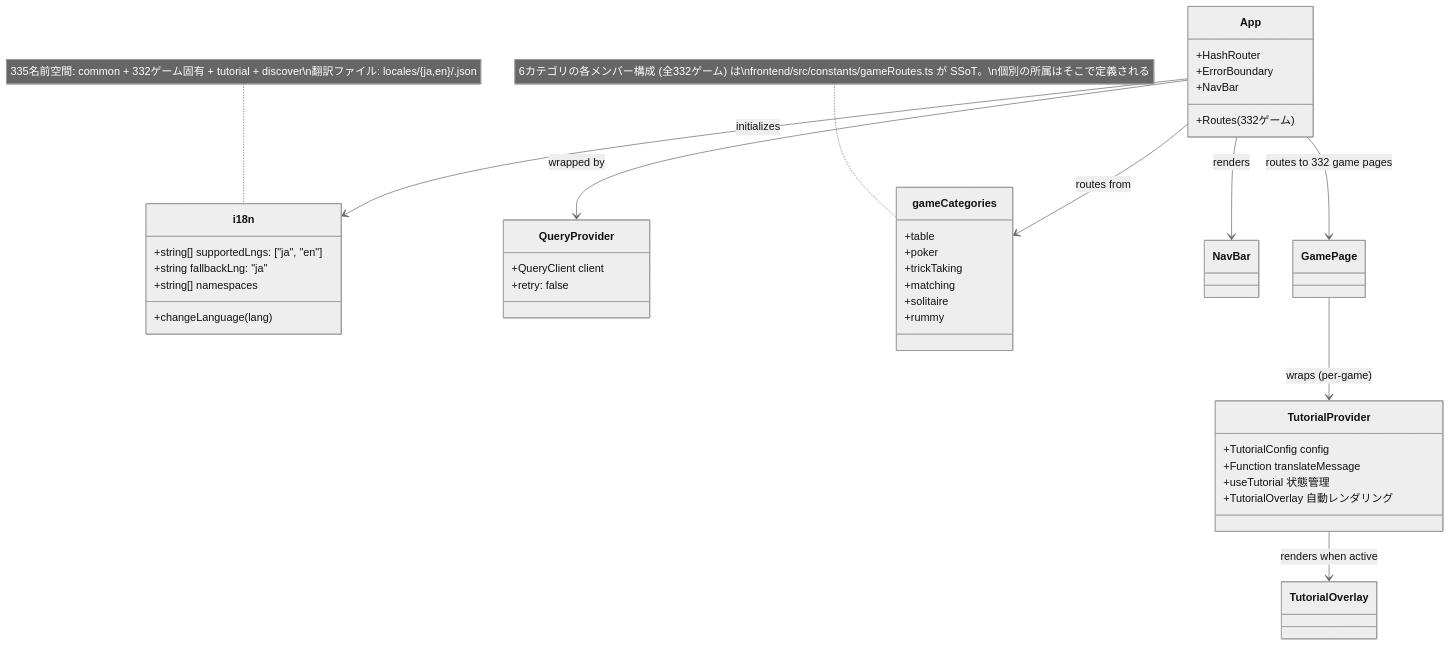
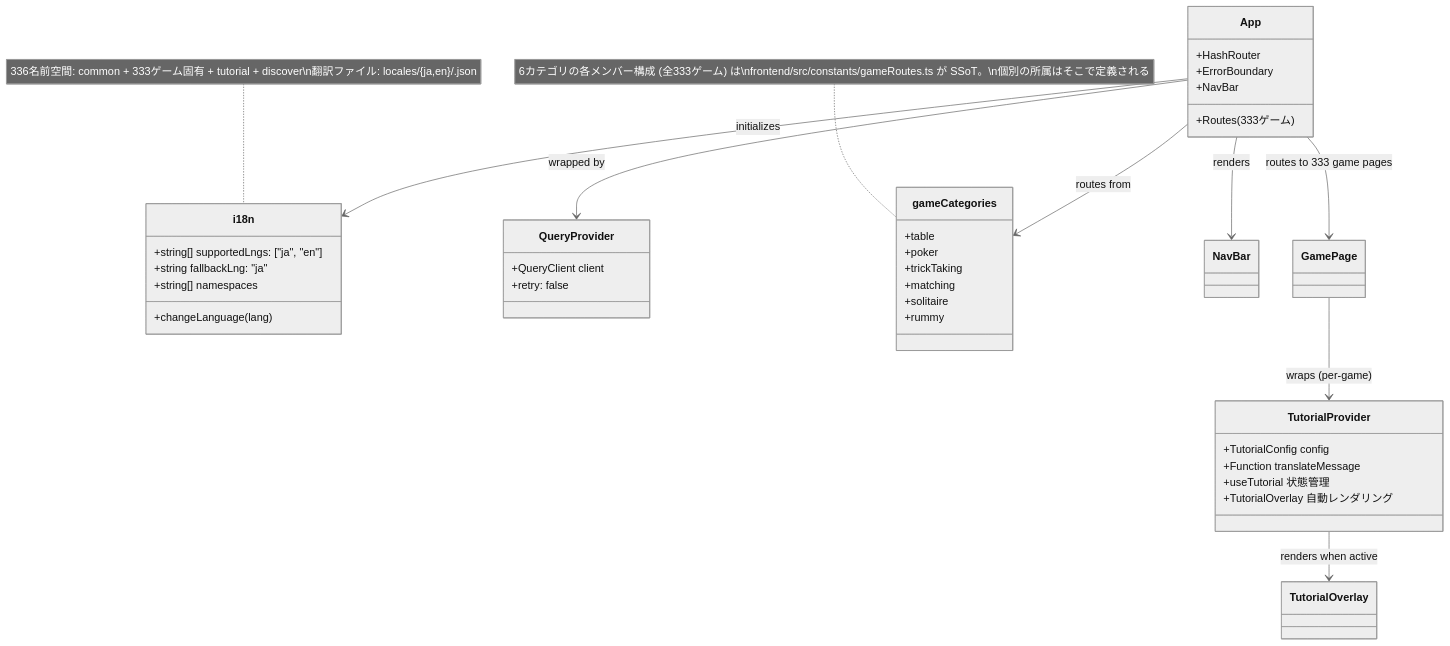
One commit to yuta-yoshinaga/go_trumpcards changed the ninth of 49 diagrams in docs/design/frontend.md. Above: the diagram before and after it, drawn with Mermaid (neutral theme). The commit also changed other lines of this file and 58 other files, not shown here.

````diff
--- a/docs/design/frontend.md
+++ b/docs/design/frontend.md
@@ -1874,48 +1874,48 @@
 ```mermaid
 classDiagram
     class i18n {
         +string[] supportedLngs: ["ja", "en"]
         +string fallbackLng: "ja"
         +string[] namespaces
         +changeLanguage(lang)
     }
 
     class QueryProvider {
         +QueryClient client
         +retry: false
     }
 
     class App {
         +HashRouter
         +ErrorBoundary
         +NavBar
-        +Routes (332ゲーム)
+        +Routes (333ゲーム)
     }
 
     class gameCategories {
         +table
         +poker
         +trickTaking
         +matching
         +solitaire
         +rummy
     }
-    note for gameCategories "6カテゴリの各メンバー構成 (全332ゲーム) は\nfrontend/src/constants/gameRoutes.ts が SSoT。\n個別の所属はそこで定義される"
+    note for gameCategories "6カテゴリの各メンバー構成 (全333ゲーム) は\nfrontend/src/constants/gameRoutes.ts が SSoT。\n個別の所属はそこで定義される"
 
     class TutorialProvider {
         +TutorialConfig config
         +Function translateMessage
         +useTutorial 状態管理
         +TutorialOverlay 自動レンダリング
     }
 
     App --> QueryProvider : wrapped by
     App --> i18n : initializes
     App --> gameCategories : routes from
     App --> NavBar : renders
-    App --> GamePage : routes to 332 game pages
+    App --> GamePage : routes to 333 game pages
     GamePage --> TutorialProvider : wraps (per-game)
     TutorialProvider --> TutorialOverlay : renders when active
 
-    note for i18n "335名前空間: common + 332ゲーム固有 + tutorial + discover\n翻訳ファイル: locales/{ja,en}/<game>.json"
+    note for i18n "336名前空間: common + 333ゲーム固有 + tutorial + discover\n翻訳ファイル: locales/{ja,en}/<game>.json"
 ```
````
